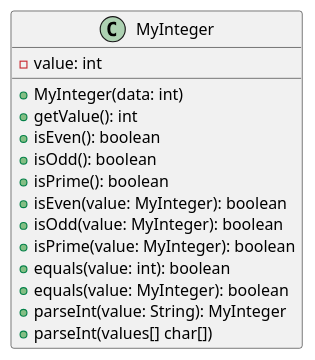
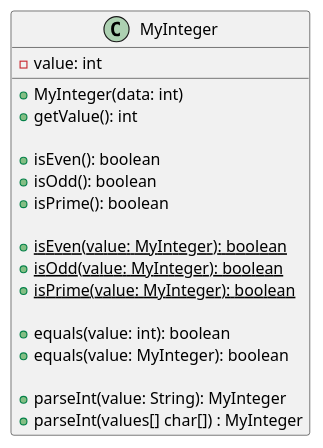
One commit to emaphis/Introduction_to_Java_Programming changed the diagram in Introduction_to_Java_Programming/src/main/java/chapter10/exercise/exercise10_03/MyIntegerDiagram.puml. Above: the diagram before and after it, drawn with PlantUML. The commit also changed 7 other files, not shown here.

```diff
--- a/Introduction_to_Java_Programming/src/main/java/chapter10/exercise/exercise10_03/MyIntegerDiagram.puml
+++ b/Introduction_to_Java_Programming/src/main/java/chapter10/exercise/exercise10_03/MyIntegerDiagram.puml
@@ -1,18 +1,22 @@
 @startuml
 class MyInteger {
     -value: int
 
     +MyInteger(data: int)
     +getValue(): int
+
     +isEven(): boolean
     +isOdd(): boolean
     +isPrime(): boolean
-    +isEven(value: MyInteger): boolean
-    +isOdd(value: MyInteger): boolean
-    +isPrime(value: MyInteger): boolean
+
+    +{static} isEven(value: MyInteger): boolean
+    +{static} isOdd(value: MyInteger): boolean
+    +{static} isPrime(value: MyInteger): boolean
+
     +equals(value: int): boolean
     +equals(value: MyInteger): boolean
+
     +parseInt(value: String): MyInteger
-    +parseInt(values[] char[])
+    +parseInt(values[] char[]) : MyInteger
 }
 @enduml
```
